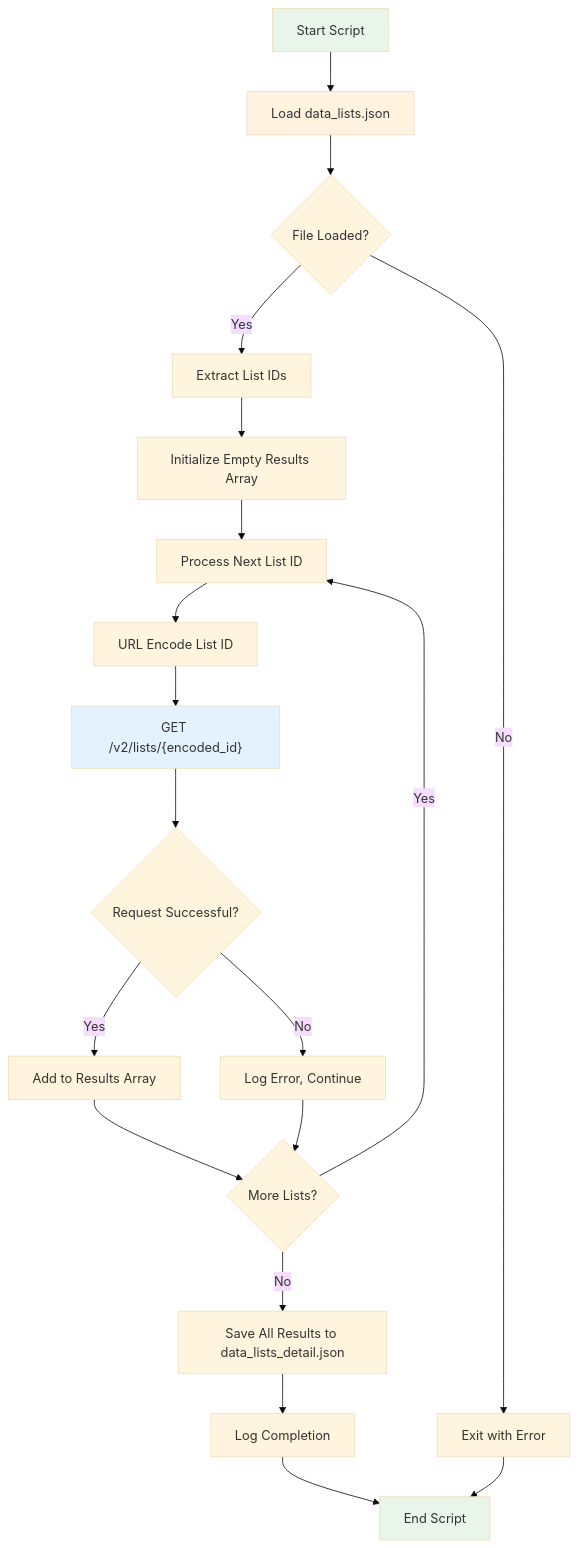
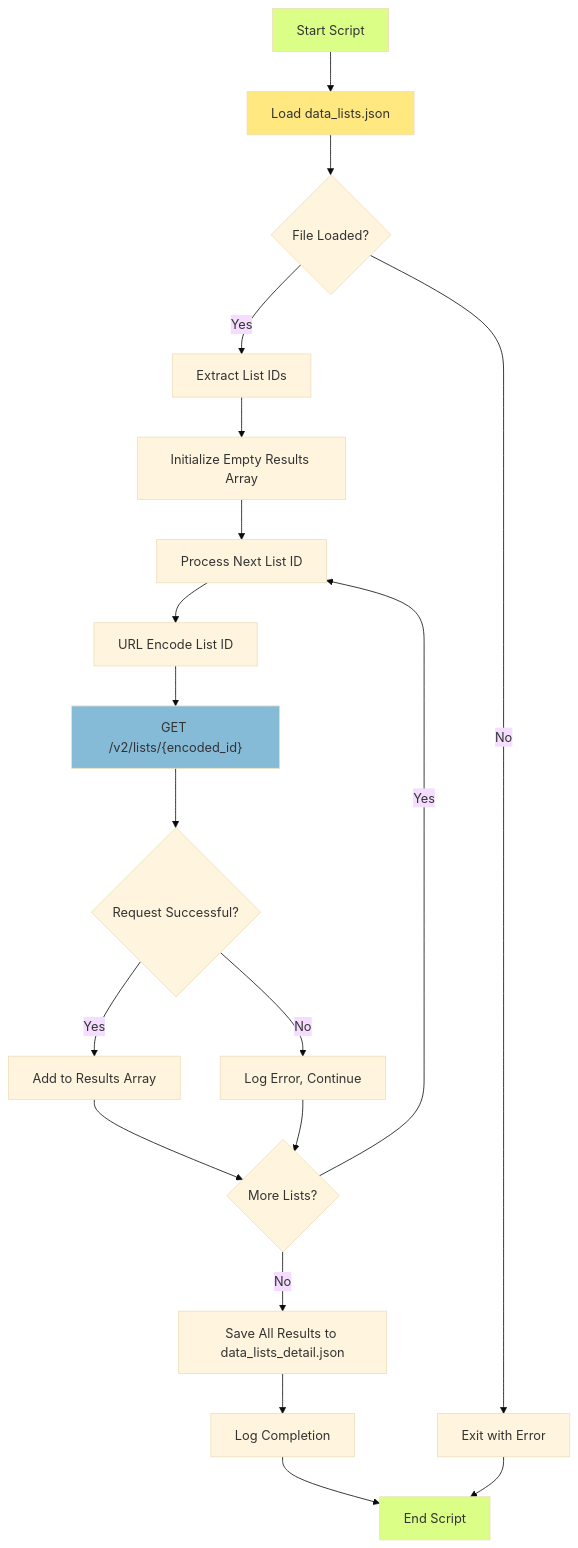
Diagram 15 of 16 in docs/workflows/index.qmd (Stadt-Geschichte-Basel/omeka2dsp), drawn with Mermaid (base theme) before and after one commit. The commit also changed other lines of this file and 22 other files, not shown here.

````diff
--- a/docs/workflows/index.qmd
+++ b/docs/workflows/index.qmd
@@ -523,31 +523,31 @@
 ```{mermaid}
 flowchart TD
     A[Start Script] --> B[Load data_lists.json]
     B --> C{File Loaded?}
     C -->|No| D[Exit with Error]
     C -->|Yes| E[Extract List IDs]
     
     E --> F[Initialize Empty Results Array]
     F --> G[Process Next List ID]
     
     G --> H[URL Encode List ID]
     H --> I["GET /v2/lists/{encoded_id}"]
     
     I --> J{Request Successful?}
     J -->|Yes| K[Add to Results Array]
     J -->|No| L[Log Error, Continue]
     
     K --> M{More Lists?}
     L --> M
     M -->|Yes| G
     M -->|No| N[Save All Results to data_lists_detail.json]
     
     N --> O[Log Completion]
     O --> P[End Script]
     D --> P
     
-    style A fill:#e8f5e8
-    style P fill:#e8f5e8
-    style B fill:#fff3e0
-    style I fill:#e3f2fd
+    style A fill:#dbfe87
+    style P fill:#dbfe87
+    style B fill:#ffe880
+    style I fill:#86bbd8
 ```
````
